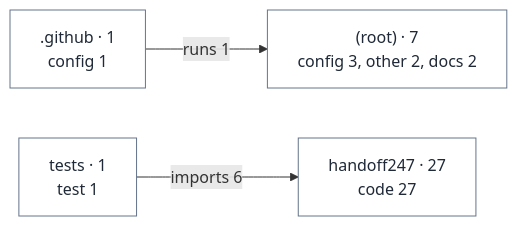
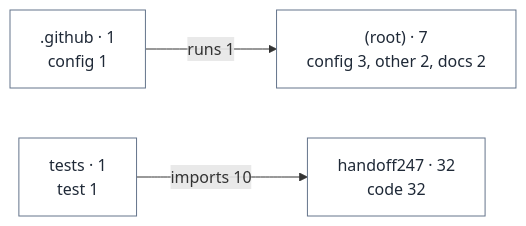
The diagram in docs/handoff/diagrams/areas.mmd (unkkyuist/HandOff247), drawn with Mermaid before and after one commit. The commit also changed 71 other files, not shown here.

```diff
--- a/docs/handoff/diagrams/areas.mmd
+++ b/docs/handoff/diagrams/areas.mmd
@@ -1,17 +1,17 @@
 flowchart LR
   n1["(root) · 7<br/>config 3, other 2, docs 2"]:::file
   n2[".github · 1<br/>config 1"]:::file
-  n3["handoff247 · 27<br/>code 27"]:::file
+  n3["handoff247 · 32<br/>code 32"]:::file
   n4["tests · 1<br/>test 1"]:::file
   n2 -->|"runs 1"| n1
-  n4 -->|"imports 6"| n3
+  n4 -->|"imports 10"| n3
   classDef entry fill:#fde68a,stroke:#b45309,color:#1f2937
   classDef launcher fill:#e0e7ff,stroke:#4338ca,color:#1f2937
   classDef mode fill:#dcfce7,stroke:#15803d,color:#1f2937
   classDef iface fill:#cffafe,stroke:#0e7490,color:#1f2937
   classDef table fill:#fce7f3,stroke:#be185d,color:#1f2937
   classDef hub fill:#f3f4f6,stroke:#6b7280,color:#1f2937,stroke-dasharray:4 3
   classDef data fill:#fef3c7,stroke:#92400e,color:#1f2937
   classDef ext fill:#ffffff,stroke:#9ca3af,color:#374151,stroke-dasharray:2 2
   classDef test fill:#ede9fe,stroke:#6d28d9,color:#1f2937
   classDef file fill:#ffffff,stroke:#64748b,color:#1f2937
```
